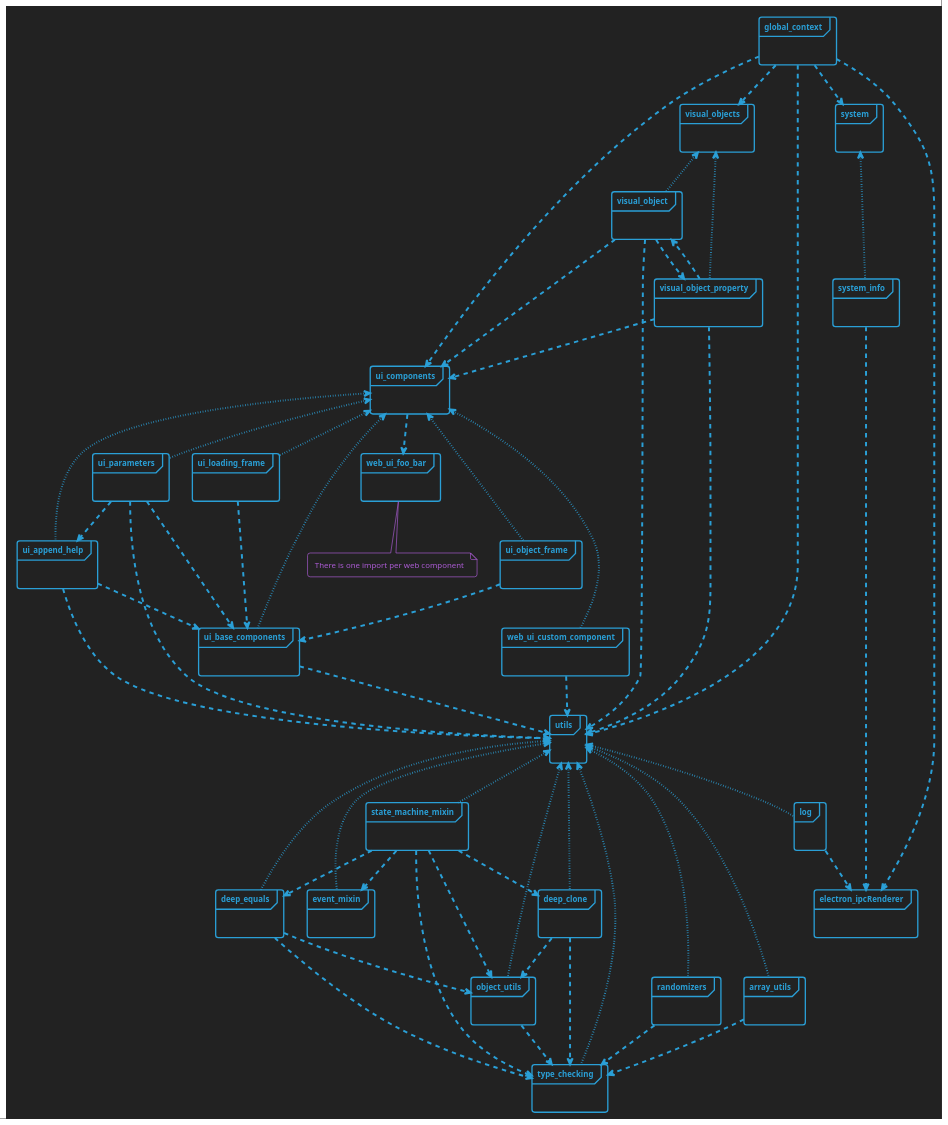
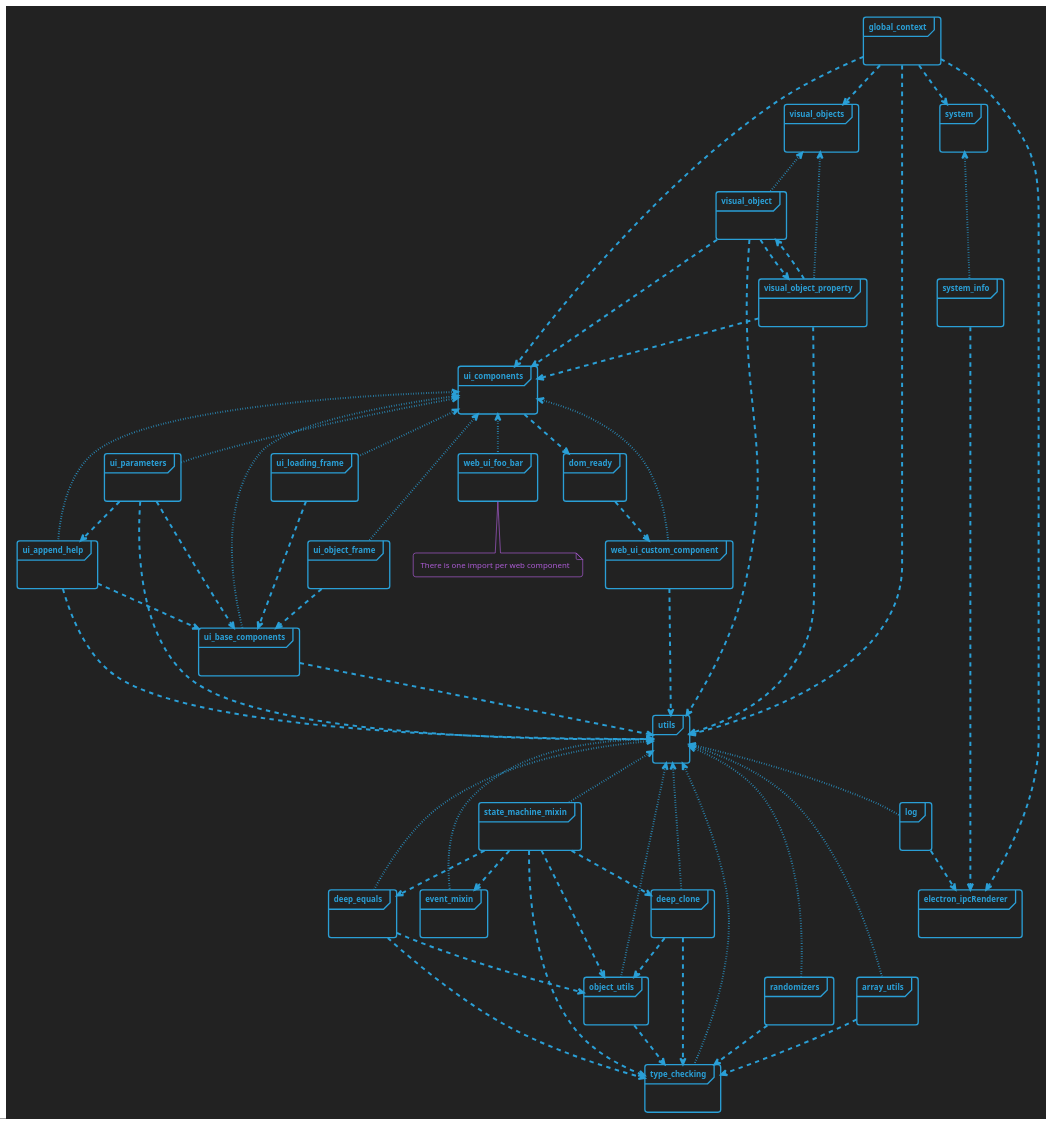
One commit to Picorims/wav2bar changed the diagram in docs/modules.plantuml. Above: the diagram before and after it, drawn with PlantUML. The commit also changed 8 other files, not shown here.

```diff
--- a/docs/modules.plantuml
+++ b/docs/modules.plantuml
@@ -1,139 +1,143 @@
 @startuml modules
 
 'Wav2Bar - Free software for creating audio visualization (motion design) videos
 'Copyright (C) 2022  Picorims <picorims.contact@gmail.com>
 
 'This program is free software: you can redistribute it and/or modify
 'it under the terms of the GNU General Public License as published by
 'the Free Software Foundation, either version 3 of the License, or
 'any later version.
 
 'This program is distributed in the hope that it will be useful,
 'but WITHOUT ANY WARRANTY; without even the implied warranty of
 'MERCHANTABILITY or FITNESS FOR A PARTICULAR PURPOSE.  See the
 'GNU General Public License for more details.
 
 'You should have received a copy of the GNU General Public License
 'along with this program.  If not, see <https://www.gnu.org/licenses/>.
 
 !theme cyborg-outline
 skinparam BackgroundColor #222222
 skinparam PackageStyle frame
 
 'package: dotted = export, otherwise = import
 
 package "global_context" {}
 global_context ..> utils
 global_context ..> ui_components
 global_context ..> system
 global_context ..> electron_ipcRenderer
 global_context ..> visual_objects
 
 
 
 package "electron_ipcRenderer" {}
 
 
 
 package "system" {}
 system <.[dotted]. system_info
 
 package "system_info" {}
 system_info ..> electron_ipcRenderer
 
 
 
 package "ui_components" {}
 ui_components <.[dotted]. ui_base_components
 ui_components <.[dotted]. web_ui_custom_component
-ui_components ..> web_ui_foo_bar
+ui_components <.[dotted]. web_ui_foo_bar
+ui_components ..> dom_ready
 ui_components <.[dotted]. ui_parameters
 ui_components <.[dotted]. ui_append_help
 ui_components <.[dotted]. ui_object_frame
 ui_components <.[dotted]. ui_loading_frame
 
 package "ui_base_components" {}
 ui_base_components ..> utils
 
 package "web_ui_custom_component" {}
 web_ui_custom_component ..> utils
 
 package "web_ui_foo_bar" {}
 note bottom of web_ui_foo_bar: There is one import per web component
+
+package "dom_ready" {}
+dom_ready ..> web_ui_custom_component
 
 package "ui_parameters" {}
 ui_parameters ..> utils
 ui_parameters ..> ui_base_components
 ui_parameters ..> ui_append_help
 
 package "ui_append_help" {}
 ui_append_help ..> utils
 ui_append_help ..> ui_base_components
 
 package "ui_object_frame" {}
 ui_object_frame ..> ui_base_components
 
 package "ui_loading_frame" {}
 ui_loading_frame ..> ui_base_components
 
 
 
 package "utils" {}
 utils <.[dotted]. type_checking
 utils <.[dotted]. randomizers
 utils <.[dotted]. array_utils
 utils <.[dotted]. log
 utils <.[dotted]. event_mixin
 utils <.[dotted]. state_machine_mixin
 utils <.[dotted]. object_utils
 utils <.[dotted]. deep_equals
 utils <.[dotted]. deep_clone
 
 package "array_utils" {}
 array_utils ..> type_checking
 
 package "randomizers" {}
 randomizers ..> type_checking
 
 package "type_checking" {}
 
 package "log" {}
 log ..> electron_ipcRenderer
 
 package "event_mixin" {}
 
 package "state_machine_mixin" {}
 state_machine_mixin ..> type_checking
 state_machine_mixin ..> event_mixin
 state_machine_mixin ..> object_utils
 state_machine_mixin ..> deep_clone
 state_machine_mixin ..> deep_equals
 
 package "object_utils" {}
 object_utils ..> type_checking
 
 package "deep_equals" {}
 deep_equals ..> type_checking
 deep_equals ..> object_utils
 
 package "deep_clone" {}
 deep_clone ..> type_checking
 deep_clone ..> object_utils
 
 
 
 package "visual_objects" {}
 visual_objects <.[dotted]. visual_object
 visual_objects <.[dotted]. visual_object_property
 
 package "visual_object" {}
 visual_object ..> ui_components
 visual_object ..> utils
 visual_object ..> visual_object_property
 
 package "visual_object_property" {}
 visual_object_property ..> visual_object
 visual_object_property ..> utils
 visual_object_property ..> ui_components
 
 @enduml
```
